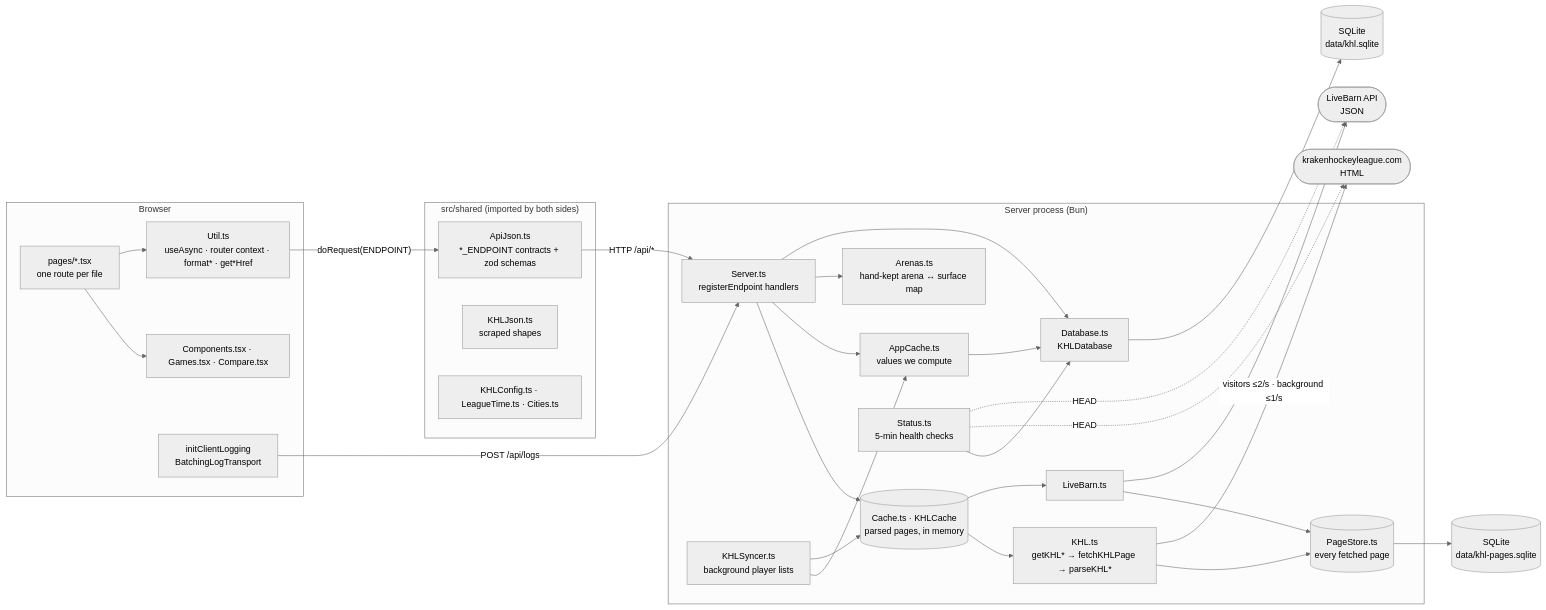
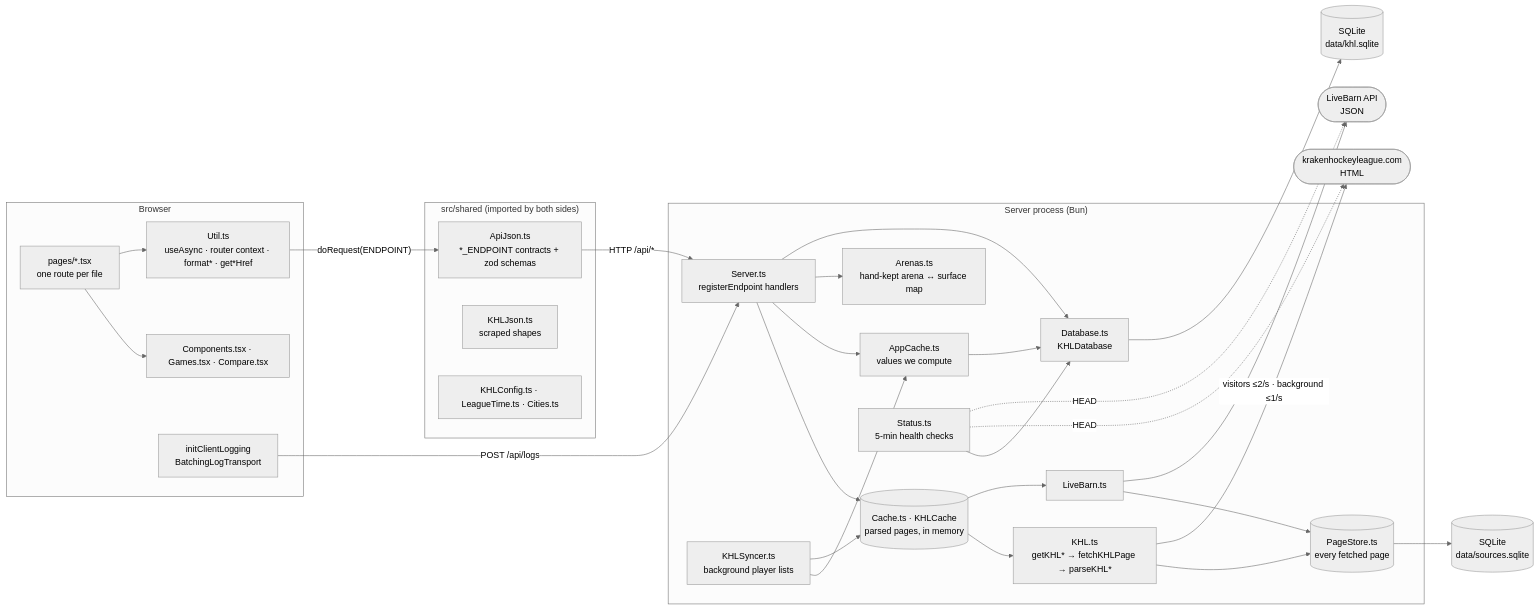
One commit to dvdzkwsk/dvdzkwsk changed the first of 7 diagrams in projects/khl/ARCHITECTURE.md. Above: the diagram before and after it, drawn with Mermaid (neutral theme). The commit also changed other lines of this file and 19 other files, not shown here.

````diff
--- a/projects/khl/ARCHITECTURE.md
+++ b/projects/khl/ARCHITECTURE.md
@@ -5,57 +5,57 @@
 ```mermaid
 flowchart LR
     subgraph Browser
         Pages["pages/*.tsx<br/>one route per file"]
         UI["Components.tsx · Games.tsx · Compare.tsx"]
         Util["Util.ts<br/>useAsync · router context · format* · get*Href"]
         ClientLog["initClientLogging<br/>BatchingLogTransport"]
         Pages --> UI
         Pages --> Util
     end
 
     subgraph Shared["src/shared (imported by both sides)"]
         ApiJson["ApiJson.ts<br/>*_ENDPOINT contracts + zod schemas"]
         KHLJson["KHLJson.ts<br/>scraped shapes"]
         Config["KHLConfig.ts · LeagueTime.ts · Cities.ts"]
     end
 
     subgraph Server["Server process (Bun)"]
         Express["Server.ts<br/>registerEndpoint handlers"]
         Cache[("Cache.ts · KHLCache<br/>parsed pages, in memory")]
         PageStore[("PageStore.ts<br/>every fetched page")]
         AppCache["AppCache.ts<br/>values we compute"]
         Syncer["KHLSyncer.ts<br/>background player lists"]
         KHL["KHL.ts<br/>getKHL* → fetchKHLPage → parseKHL*"]
         LB["LiveBarn.ts"]
         Arenas["Arenas.ts<br/>hand-kept arena ↔ surface map"]
         DB["Database.ts<br/>KHLDatabase"]
         Status["Status.ts<br/>5-min health checks"]
     end
 
     SQLite[("SQLite<br/>data/khl.sqlite")]
-    PagesDB[("SQLite<br/>data/khl-pages.sqlite")]
+    PagesDB[("SQLite<br/>data/sources.sqlite")]
     KHLSite(["krakenhockeyleague.com<br/>HTML"])
     LBAPI(["LiveBarn API<br/>JSON"])
 
     Util -- "doRequest(ENDPOINT)" --> ApiJson
     ApiJson -- "HTTP /api/*" --> Express
     ClientLog -- "POST /api/logs" --> Express
     Express --> Cache
     Express --> AppCache
     Syncer --> AppCache
     Syncer --> Cache
     AppCache --> DB
     Cache --> KHL
     Cache --> LB
     KHL --> PageStore
     LB --> PageStore
     PageStore --> PagesDB
     Express --> Arenas
     Express --> DB
     Status --> DB
     DB --> SQLite
     KHL -- "visitors ≤2/s · background ≤1/s" --> KHLSite
     LB --> LBAPI
     Status -. "HEAD" .-> KHLSite
     Status -. "HEAD" .-> LBAPI
 ```
````
